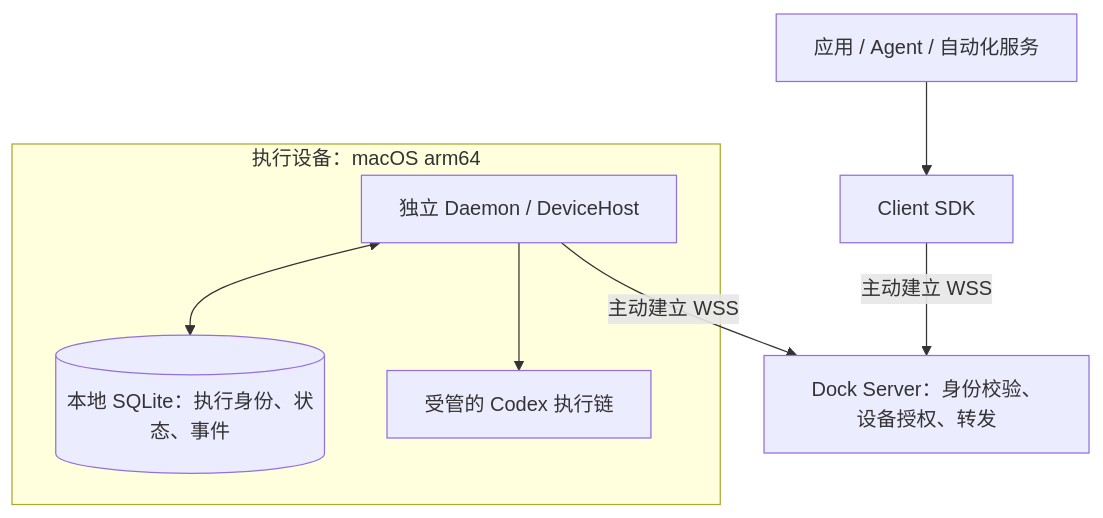
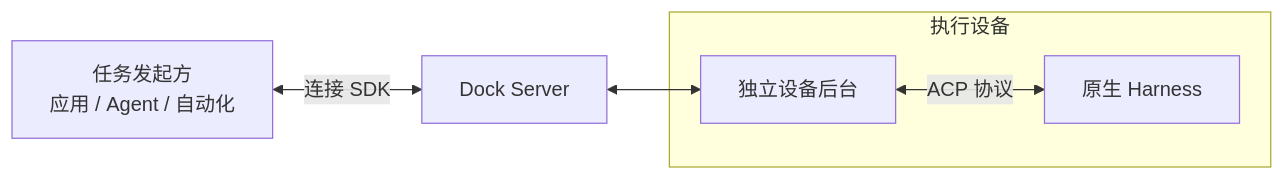
The diagram in README.md (hutian-ai/harness-dock), drawn with Mermaid before and after one commit. The commit also changed other lines of this file, not shown here.

````diff
--- a/README.md
+++ b/README.md
@@ -49,13 +11,8 @@
 ```mermaid
-flowchart TB
-  A["应用 / Agent / 自动化服务"] --> SDK["Client SDK"]
-  SDK -->|"主动建立 WSS"| S["Dock Server：身份校验、设备授权、转发"]
-  subgraph MAC["执行设备：macOS arm64"]
-    D["独立 Daemon / DeviceHost"]
-    DB[("本地 SQLite：执行身份、状态、事件")]
-    H["受管的 Codex 执行链"]
-    D <--> DB
-    D --> H
+flowchart LR
+  A["任务发起方<br/>应用 / Agent / 自动化"] <-->|"连接 SDK"| S["Dock Server"]
+  subgraph DEVICE["执行设备"]
+    D["独立设备后台"] <-->|"ACP 协议"| H["原生 Harness"]
   end
-  D -->|"主动建立 WSS"| S
+  S <--> D
 ```
````
